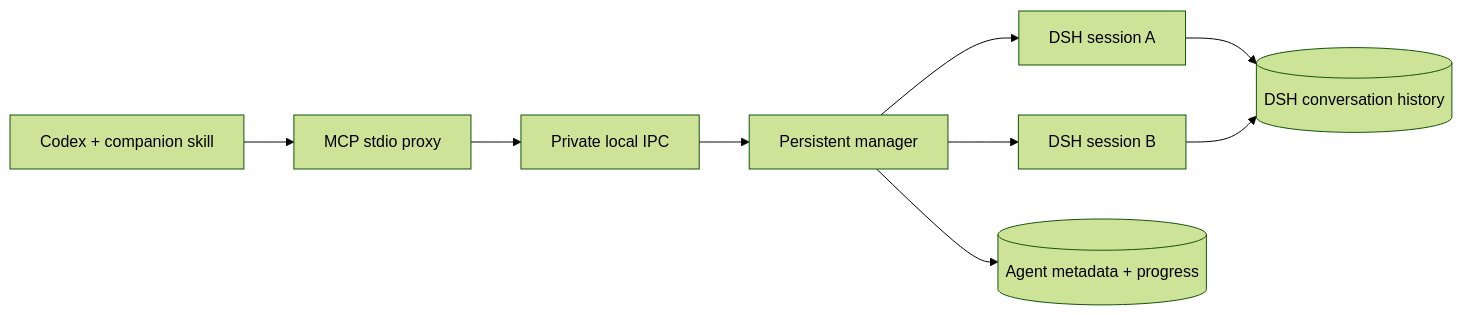
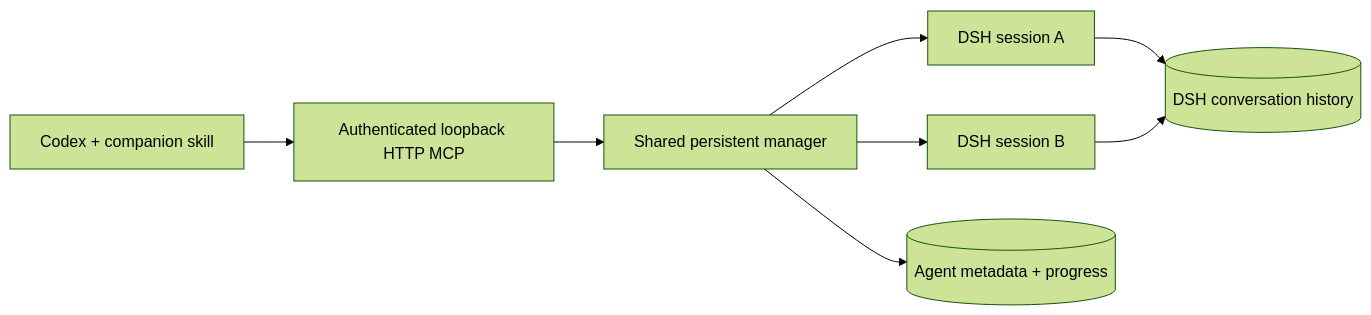
One commit to dqtz5vpvj9-create/dsh-subagent-mcp changed the diagram in docs/architecture.md. Above: the diagram before and after it, drawn with Mermaid (forest theme). The commit also changed other lines of this file and 16 other files, not shown here.

Commit message:
fix: share Codex MCP transport and reclaim idle connection resources

````diff
--- a/docs/architecture.md
+++ b/docs/architecture.md
@@ -4,11 +4,10 @@
 ```mermaid
 flowchart LR
-    C[Codex + companion skill] --> P[MCP stdio proxy]
-    P --> S[Private local IPC]
-    S --> M[Persistent manager]
+    C[Codex + companion skill] --> S[Authenticated loopback HTTP MCP]
+    S --> M[Shared persistent manager]
     M --> A[DSH session A]
     M --> B[DSH session B]
     M --> DB[(Agent metadata + progress)]
     A --> H[(DSH conversation history)]
     B --> H
 ```
````
